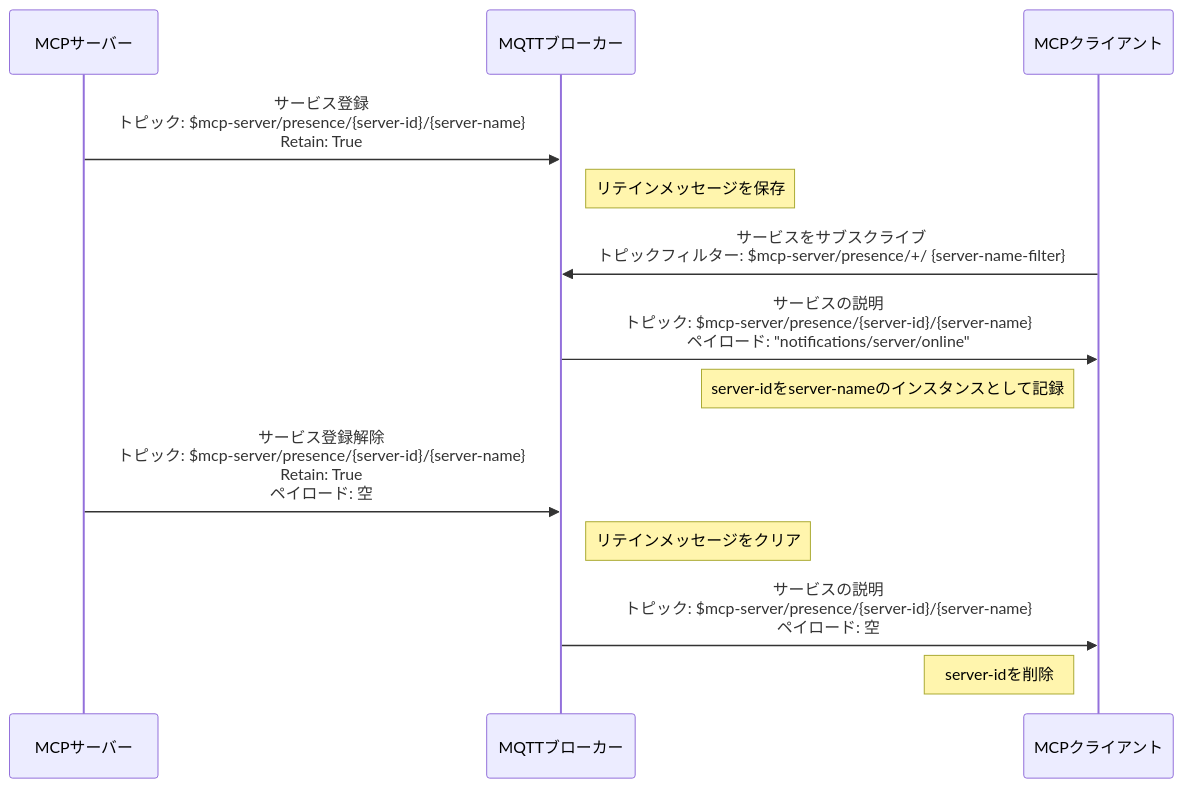
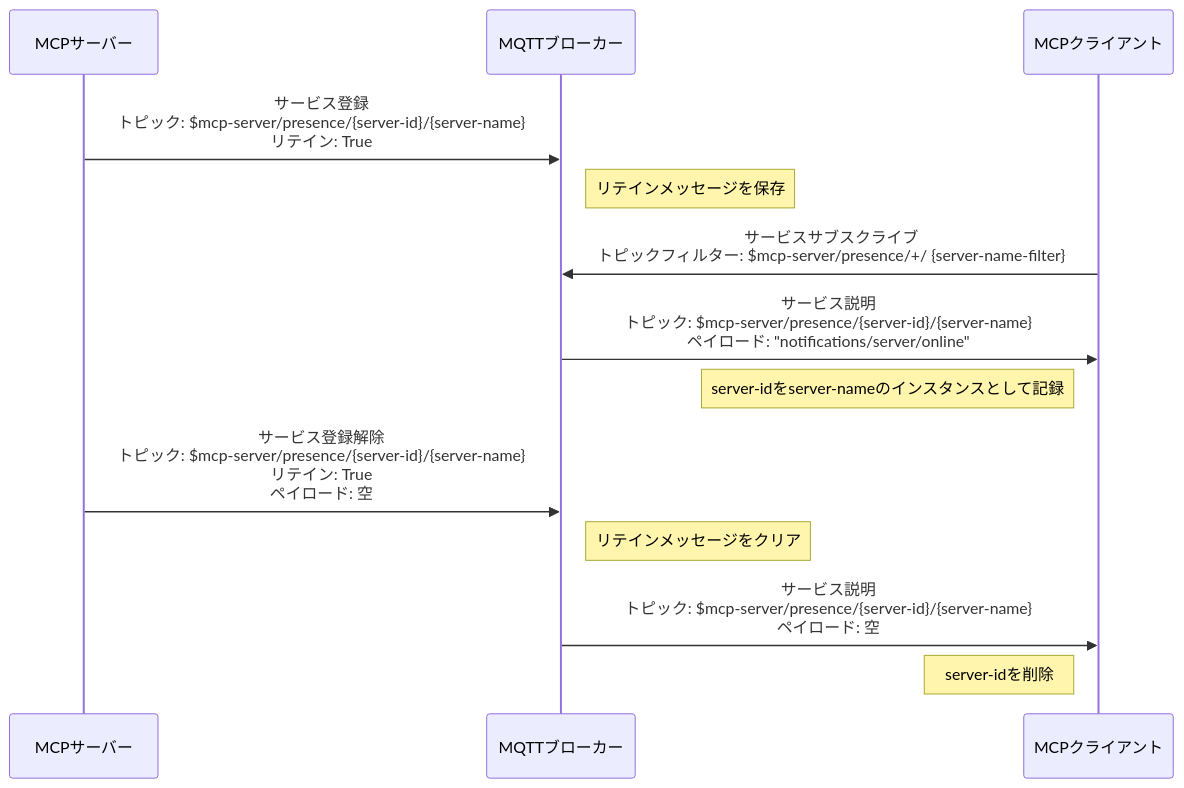
One commit to emqx/emqx-docs changed the first of 4 diagrams in ja_JP/emqx-ai/mcp-over-mqtt/specification.md. Above: the diagram before and after it, drawn with Mermaid. The commit also changed other lines of this file and 75 other files, not shown here.

````diff
--- a/ja_JP/emqx-ai/mcp-over-mqtt/specification.md
+++ b/ja_JP/emqx-ai/mcp-over-mqtt/specification.md
@@ -208,20 +211,20 @@
 ```mermaid
 sequenceDiagram
     participant MCP_Server as MCPサーバー
     participant MQTT_Broker as MQTTブローカー
     participant MCP_Client as MCPクライアント
 
-    MCP_Server ->> MQTT_Broker: サービス登録<br/>トピック: $mcp-server/presence/{server-id}/{server-name}<br/>Retain: True
+    MCP_Server ->> MQTT_Broker: サービス登録<br/>トピック: $mcp-server/presence/{server-id}/{server-name}<br/>リテイン: True
     Note right of MQTT_Broker: リテインメッセージを保存
 
-    MCP_Client ->> MQTT_Broker: サービスをサブスクライブ<br/>トピックフィルター: $mcp-server/presence/+/ {server-name-filter}
+    MCP_Client ->> MQTT_Broker: サービスサブスクライブ<br/>トピックフィルター: $mcp-server/presence/+/ {server-name-filter}
 
-    MQTT_Broker ->> MCP_Client: サービスの説明<br/>トピック: $mcp-server/presence/{server-id}/{server-name}<br/>ペイロード: "notifications/server/online"
+    MQTT_Broker ->> MCP_Client: サービス説明<br/>トピック: $mcp-server/presence/{server-id}/{server-name}<br/>ペイロード: "notifications/server/online"
     Note left of MCP_Client: server-idをserver-nameのインスタンスとして記録
 
-    MCP_Server ->> MQTT_Broker: サービス登録解除<br/>トピック: $mcp-server/presence/{server-id}/{server-name}<br/>Retain: True<br/>ペイロード: 空
+    MCP_Server ->> MQTT_Broker: サービス登録解除<br/>トピック: $mcp-server/presence/{server-id}/{server-name}<br/>リテイン: True<br/>ペイロード: 空
     Note right of MQTT_Broker: リテインメッセージをクリア
 
-    MQTT_Broker ->> MCP_Client: サービスの説明<br/>トピック: $mcp-server/presence/{server-id}/{server-name}<br/>ペイロード: 空
+    MQTT_Broker ->> MCP_Client: サービス説明<br/>トピック: $mcp-server/presence/{server-id}/{server-name}<br/>ペイロード: 空
     Note left of MCP_Client: server-idを削除
 ```
````
